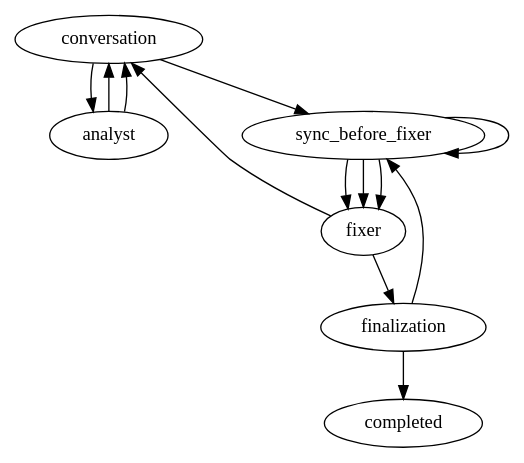
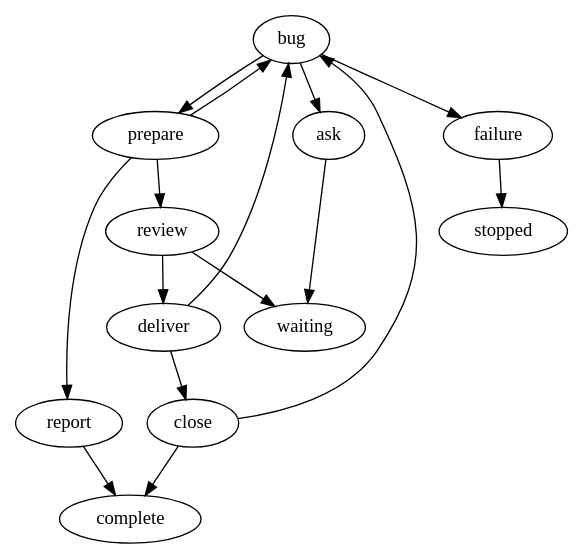
Before and after one commit to marioatcloudvane/litefactory: the diagram in teams/swift-ios/v1.0.0/bug/bug.dot, drawn with Graphviz. The commit also changed 246 other files, not shown here.

First line of the commit message:
Bug rework 3/4: Bug is Spike-shaped

```diff
--- a/teams/swift-ios/v1.0.0/bug/bug.dot
+++ b/teams/swift-ios/v1.0.0/bug/bug.dot
@@ -1,24 +1,51 @@
-// One conversation, a fixer, automatic factory delivery.
-// Questions and all stopping outcomes park at their origin. Owner guidance
-// resumes that origin once; only exact approval releases an unapproved repair.
+// Bug is one agent, shaped like Spike. It reproduces the reported bug with a
+// failing test, diagnoses it, and fixes it when the cause is shown and the fix
+// is small, showing the test red then green. When the fix would be a redesign,
+// the cause stays unclear or the report is not a bug, it asks the owner with
+// options and a recommendation. All of that lives in the role's Markdown.
+//
+// The agent's result names its own response (lf_response="result"): "ask" or
+// "done". A question is posted and the instance waits for the owner, whose
+// reply resumes this same agent with its saved result as context. A failed
+// attempt posts why and stops.
+//
+// A finished result goes to the factory-wide delivery activity (lf_deliver).
+// "prepare" (push) saves the task branch, synchronizes, pushes and finds or
+// opens the PR. A result without branch changes is "unchanged" and posts the
+// agent's report. A prepared candidate is "ready" and reaches "review", which
+// publishes the shipping review with the diff and the agent's red/green
+// evidence. Only an authenticated exact owner "ship" reply bound to that
+// displayed candidate releases "approved" to "deliver" (merge), then "close".
+// Other replies resume the agent. A changed source or base returns
+// "revalidate" to the agent for fresh checks and a new review.
 digraph bug {
- graph [team="swift-ios",workflow="bug",profile_version="2",start="conversation"];
- conversation [lf_action="lf_loop",lf_contract="owner_conversation",lf_outcomes="analyse,approved,blocked",lf_park="owner",lf_stop="blocked,failed,invalid,exhausted"];
- analyst [lf_action="lf_agent",lf_agent_markdown="bug-analyst",lf_skills="bug-analysis-result,swift-ios-boundaries",lf_model_tier="flagship",lf_access="read",lf_response="result",lf_outcomes="ask,done,blocked",lf_park="owner",lf_stop="blocked,failed,invalid,exhausted"];
- sync_before_fixer [lf_action="lf_sync_base",lf_outcomes="synced,current,conflict,retry,deferred",lf_park="owner",lf_stop="conflict,failed,invalid,exhausted"];
- fixer [lf_action="lf_agent",lf_agent_markdown="bug-fixer",lf_skills="bug-repair-result,swift-ios-boundaries",lf_response="result",lf_outcomes="succeeded,reshape,blocked",lf_park="owner",lf_stop="blocked,failed,invalid,exhausted"];
- finalization [lf_action="lf_bug_finalize",lf_owner_continuation="required",lf_outcomes="completed,revalidate,stale,blocked",lf_park="owner",lf_stop="blocked,failed,invalid,exhausted,stale"];
- completed [lf_terminal="true"];
- conversation -> analyst [lf_on="analyse"];
- conversation -> sync_before_fixer [lf_on="approved"];
- analyst -> conversation [lf_on="ask"];
- analyst -> conversation [lf_on="done"];
- fixer -> conversation [lf_on="reshape"];
- fixer -> finalization [lf_on="succeeded"];
- finalization -> sync_before_fixer [lf_on="revalidate"];
- sync_before_fixer -> fixer [lf_on="synced"];
- sync_before_fixer -> fixer [lf_on="current"];
- sync_before_fixer -> fixer [lf_on="deferred"];
- sync_before_fixer -> sync_before_fixer [lf_on="retry"];
- finalization -> completed [lf_on="completed"];
+ graph [team="swift-ios", mode="bug", profile_version="2", start="bug"];
+
+ bug      [lf_action="lf_agent", lf_agent_markdown="bug", lf_skills="bug-result,swift-ios-boundaries", lf_access="write", lf_response="result", lf_outcomes="ask,done,failed"];
+ prepare  [lf_action="lf_deliver", lf_operation="push", lf_source="bug", lf_outcomes="ready,unchanged,revalidate,blocked", lf_park="owner", lf_stop="blocked,failed,invalid,exhausted"];
+ review   [lf_action="lf_ask", lf_kind="review", lf_source="bug", lf_approve_reply="ship", lf_outcomes="published,approved"];
+ deliver  [lf_action="lf_deliver", lf_operation="merge", lf_source="bug", lf_outcomes="merged,revalidate,blocked", lf_park="owner", lf_stop="blocked,failed,invalid,exhausted"];
+ close    [lf_action="lf_deliver", lf_operation="close", lf_source="bug", lf_outcomes="completed,revalidate,blocked", lf_park="owner", lf_stop="blocked,failed,invalid,exhausted"];
+ ask      [lf_action="lf_ask", lf_kind="question", lf_outcomes="published", lf_source="bug"];
+ report   [lf_action="lf_comment", lf_kind="final", lf_outcomes="published", lf_source="bug"];
+ failure  [lf_action="lf_comment", lf_kind="failure", lf_outcomes="published"];
+ waiting  [lf_terminal="true"];
+ complete [lf_terminal="true"];
+ stopped  [lf_terminal="true"];
+
+ bug     -> ask      [lf_on="ask"];
+ bug     -> prepare  [lf_on="done"];
+ bug     -> failure  [lf_on="failed"];
+ prepare -> review   [lf_on="ready"];
+ prepare -> report   [lf_on="unchanged"];
+ prepare -> bug      [lf_on="revalidate"];
+ review  -> waiting  [lf_on="published"];
+ review  -> deliver  [lf_on="approved"];
+ deliver -> close    [lf_on="merged"];
+ deliver -> bug      [lf_on="revalidate"];
+ close   -> complete [lf_on="completed"];
+ close   -> bug      [lf_on="revalidate"];
+ ask     -> waiting  [lf_on="published"];
+ report  -> complete [lf_on="published"];
+ failure -> stopped  [lf_on="published"];
 }
```
